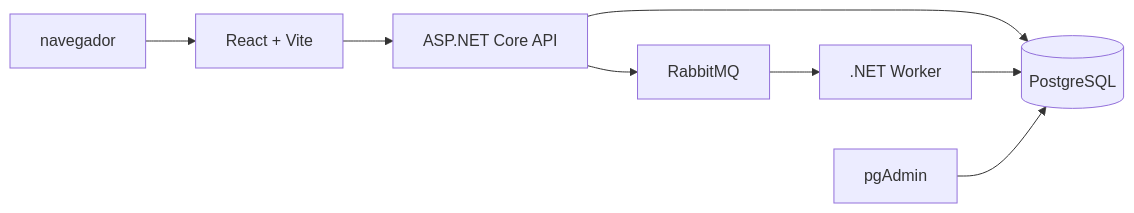
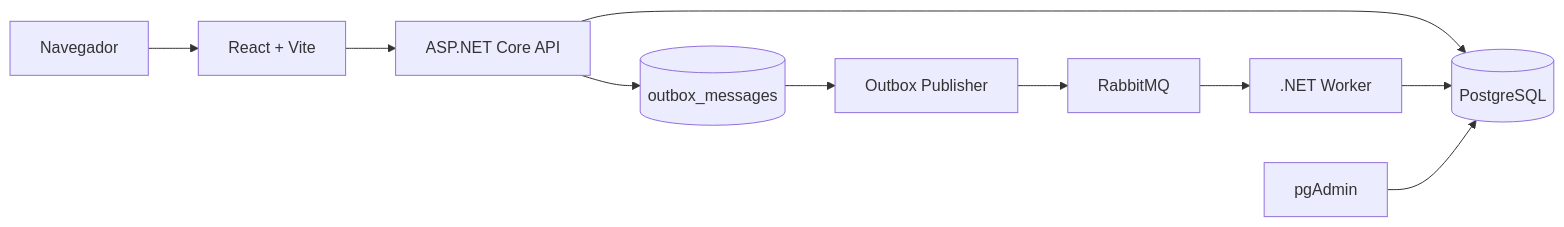
Before and after one commit to Derso07/TMB-GestaoPedidos: the diagram in README.md, drawn with Mermaid. The commit also changed other lines of this file and 11 other files, not shown here.

````diff
--- a/README.md
+++ b/README.md
@@ -40,10 +38,12 @@
 ```mermaid
 flowchart LR
-    Browser[ navegador ] --> Frontend[React + Vite]
+    Browser[Navegador] --> Frontend[React + Vite]
     Frontend --> API[ASP.NET Core API]
-    API --> PostgreSQL[(PostgreSQL)]
-    API --> RabbitMQ[RabbitMQ]
+    API --> Database[(PostgreSQL)]
+    API --> Outbox[(outbox_messages)]
+    Outbox --> Publisher[Outbox Publisher]
+    Publisher --> RabbitMQ[RabbitMQ]
     RabbitMQ --> Worker[.NET Worker]
-    Worker --> PostgreSQL
-    PgAdmin[pgAdmin] --> PostgreSQL
+    Worker --> Database
+    PgAdmin[pgAdmin] --> Database
 ```
````
